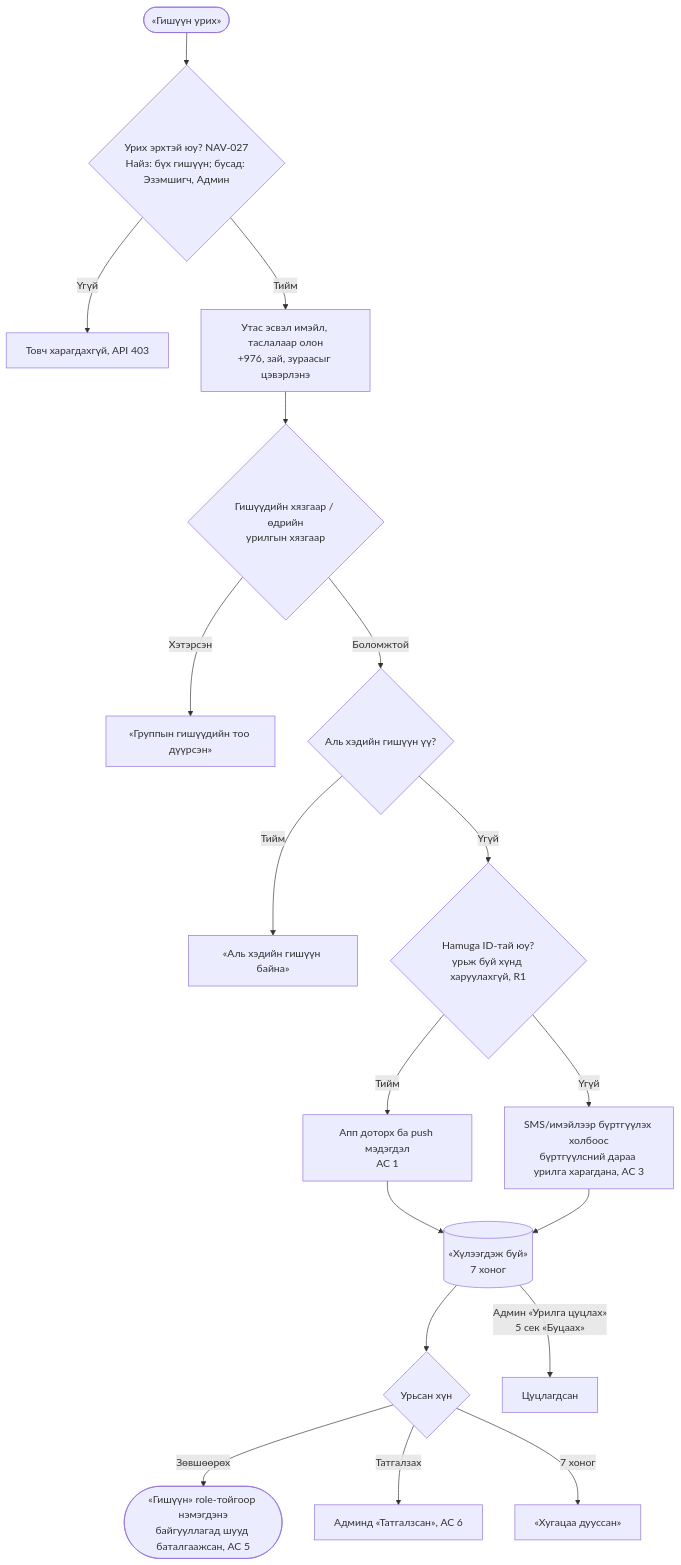
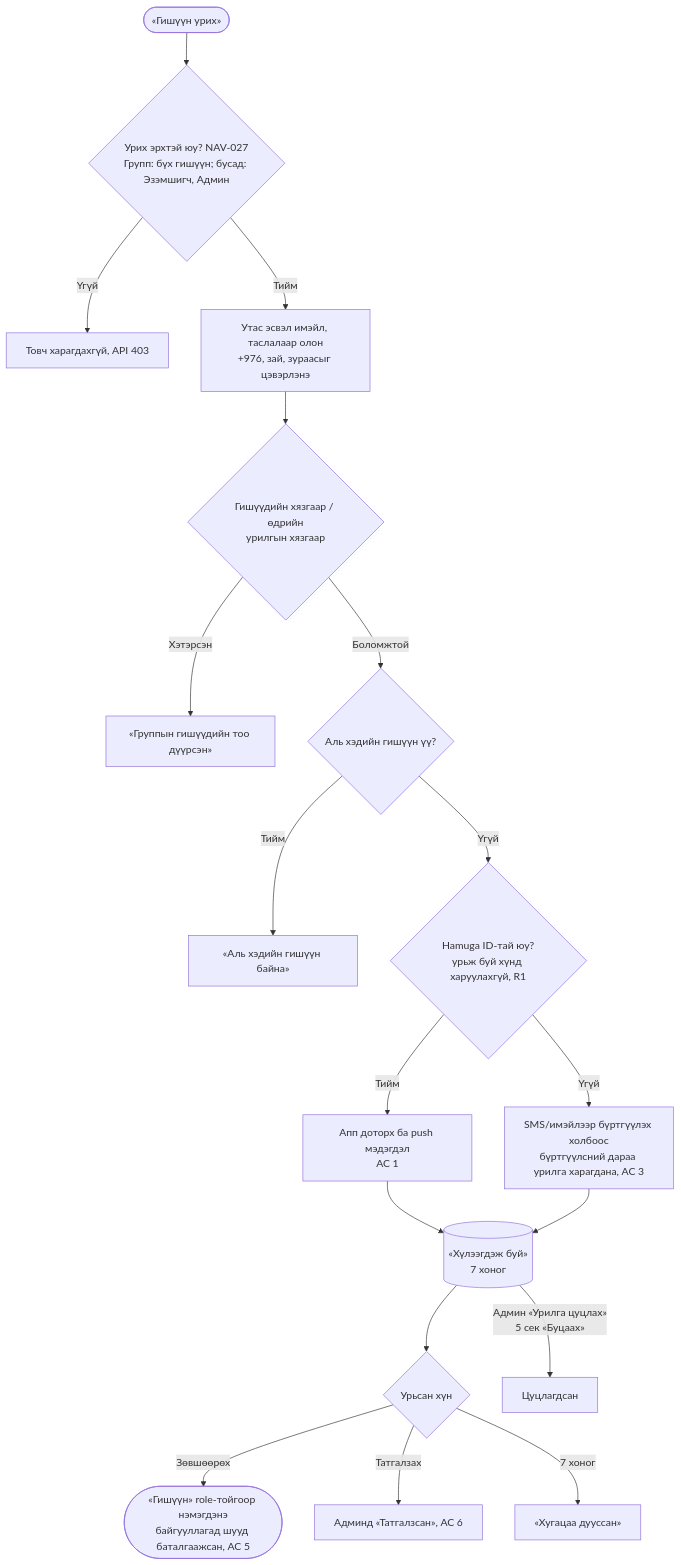
One commit to zayaennnn-arch/ID-Group changed the seventh of 19 diagrams in docs/requirements/process-map-group-org-mn.md. Above: the diagram before and after it, drawn with Mermaid. The commit also changed other lines of this file and 3 other files, not shown here.

````diff
--- a/docs/requirements/process-map-group-org-mn.md
+++ b/docs/requirements/process-map-group-org-mn.md
@@ -261,20 +290,20 @@
 ```mermaid
 flowchart TD
-    S(["«Гишүүн урих»"]) --> PERM{"Урих эрхтэй юу? NAV-027<br/>Найз: бүх гишүүн; бусад: Эзэмшигч, Админ"}
+    S(["«Гишүүн урих»"]) --> PERM{"Урих эрхтэй юу? NAV-027<br/>Групп: бүх гишүүн; бусад: Эзэмшигч, Админ"}
     PERM -- "Үгүй" --> HID["Товч харагдахгүй, API 403"]
     PERM -- "Тийм" --> IN["Утас эсвэл имэйл, таслалаар олон<br/>+976, зай, зураасыг цэвэрлэнэ"]
     IN --> LIM{"Гишүүдийн хязгаар / өдрийн<br/>урилгын хязгаар"}
     LIM -- "Хэтэрсэн" --> FULL["«Группын гишүүдийн тоо дүүрсэн»"]
     LIM -- "Боломжтой" --> MEM{"Аль хэдийн гишүүн үү?"}
     MEM -- "Тийм" --> AM["«Аль хэдийн гишүүн байна»"]
     MEM -- "Үгүй" --> HAS{"Hamuga ID-тай юу?<br/>урьж буй хүнд харуулахгүй, R1"}
     HAS -- "Тийм" --> PUSH["Апп доторх ба push мэдэгдэл<br/>AC 1"]
     HAS -- "Үгүй" --> REG["SMS/имэйлээр бүртгүүлэх холбоос<br/>бүртгүүлсний дараа урилга харагдана, AC 3"]
     PUSH --> PEND[("«Хүлээгдэж буй»<br/>7 хоног")]
     REG --> PEND
     PEND --> R{"Урьсан хүн"}
     R -- "Зөвшөөрөх" --> OK(["«Гишүүн» role-тойгоор нэмэгдэнэ<br/>байгууллагад шууд баталгаажсан, AC 5"])
     R -- "Татгалзах" --> NO["Админд «Татгалзсан», AC 6"]
     R -- "7 хоног" --> EX["«Хугацаа дууссан»"]
     PEND -- "Админ «Урилга цуцлах»<br/>5 сек «Буцаах»" --> CAN["Цуцлагдсан"]
 ```
````
